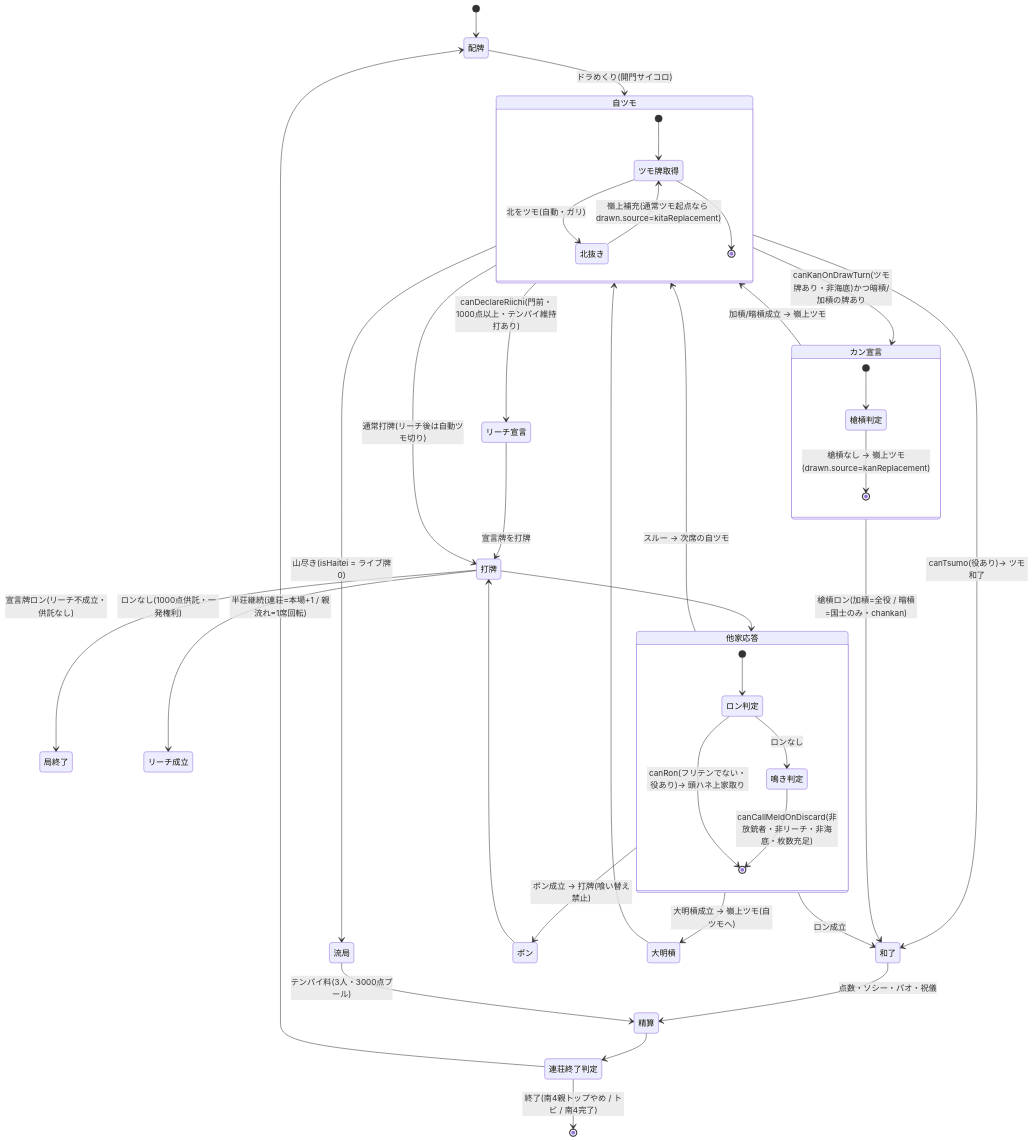
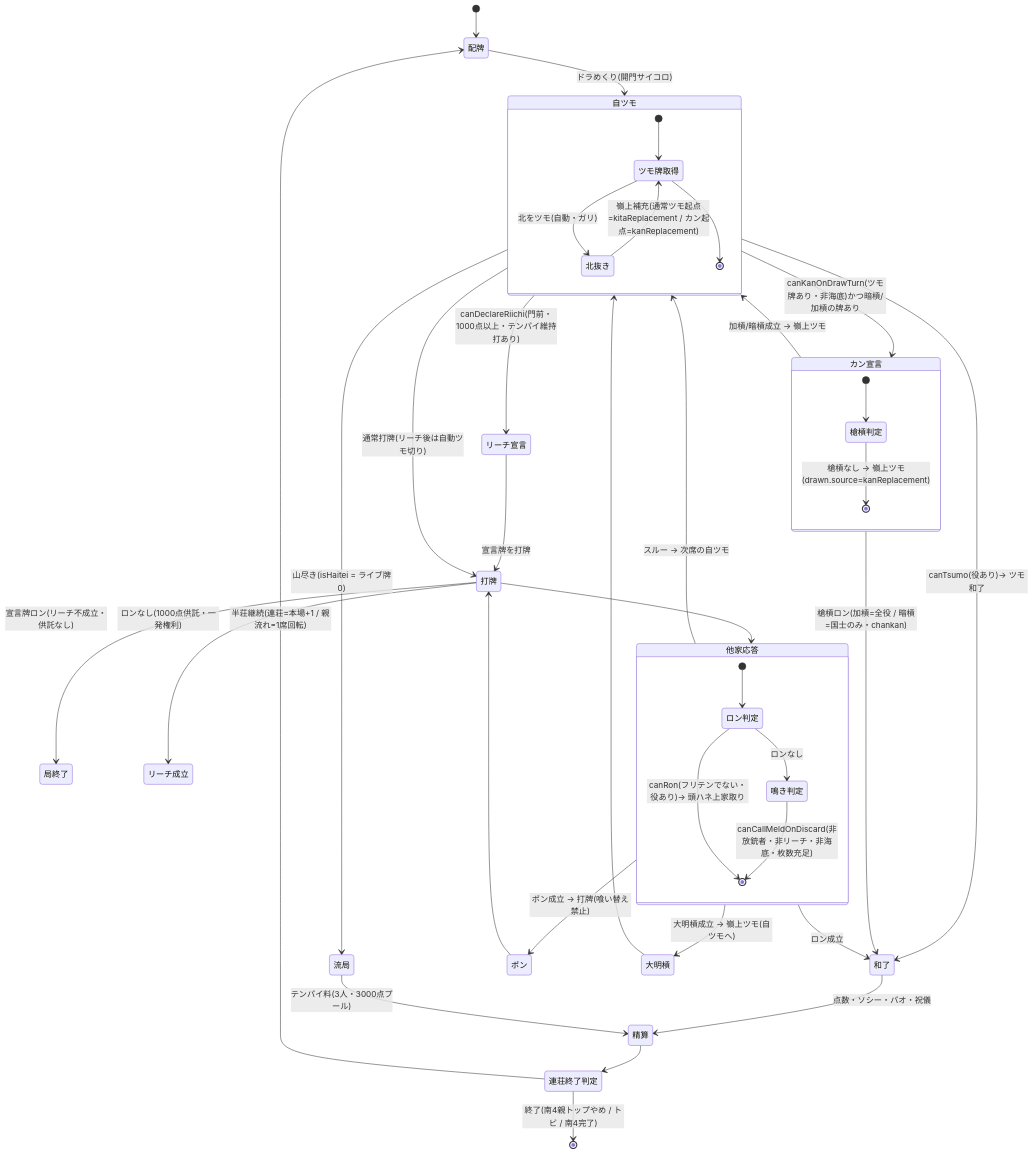
One commit to AutoDevJapan/FourBrosMahjong changed the second of 2 diagrams in documents/spec/game-flow.md. Above: the diagram before and after it, drawn with Mermaid. The commit also changed other lines of this file and 4 other files, not shown here.

````diff
--- a/documents/spec/game-flow.md
+++ b/documents/spec/game-flow.md
@@ -38,48 +38,48 @@
 ```mermaid
 stateDiagram-v2
     [*] --> 配牌
     配牌 --> 自ツモ: ドラめくり(開門サイコロ)
 
     state 自ツモ {
         [*] --> ツモ牌取得
         ツモ牌取得 --> 北抜き: 北をツモ(自動・ガリ)
-        北抜き --> ツモ牌取得: 嶺上補充(通常ツモ起点なら drawn.source=kitaReplacement)
+        北抜き --> ツモ牌取得: 嶺上補充(通常ツモ起点=kitaReplacement / カン起点=kanReplacement)
         ツモ牌取得 --> [*]
     }
 
     自ツモ --> 流局: 山尽き(isHaitei = ライブ牌0)
     自ツモ --> 和了: canTsumo(役あり)→ ツモ和了
     自ツモ --> リーチ宣言: canDeclareRiichi(門前・1000点以上・テンパイ維持打あり)
     自ツモ --> カン宣言: canKanOnDrawTurn(ツモ牌あり・非海底)かつ暗槓/加槓の牌あり
     自ツモ --> 打牌: 通常打牌(リーチ後は自動ツモ切り)
     リーチ宣言 --> 打牌: 宣言牌を打牌
     打牌 --> 局終了: 宣言牌ロン(リーチ不成立・供託なし)
     打牌 --> リーチ成立: ロンなし(1000点供託・一発権利)
 
     state カン宣言 {
         [*] --> 槍槓判定
         槍槓判定 --> [*]: 槍槓なし → 嶺上ツモ(drawn.source=kanReplacement)
     }
     カン宣言 --> 自ツモ: 加槓/暗槓成立 → 嶺上ツモ
     カン宣言 --> 和了: 槍槓ロン(加槓=全役 / 暗槓=国士のみ・chankan)
 
     打牌 --> 他家応答
     state 他家応答 {
         [*] --> ロン判定
         ロン判定 --> [*]: canRon(フリテンでない・役あり)→ 頭ハネ上家取り
         ロン判定 --> 鳴き判定: ロンなし
         鳴き判定 --> [*]: canCallMeldOnDiscard(非放銃者・非リーチ・非海底・枚数充足)
     }
     他家応答 --> 和了: ロン成立
     他家応答 --> ポン: ポン成立 → 打牌(喰い替え禁止)
     他家応答 --> 大明槓: 大明槓成立 → 嶺上ツモ(自ツモへ)
     他家応答 --> 自ツモ: スルー → 次席の自ツモ
     ポン --> 打牌
     大明槓 --> 自ツモ
 
     和了 --> 精算: 点数・ソシー・パオ・祝儀
     流局 --> 精算: テンパイ料(3人・3000点プール)
     精算 --> 連荘終了判定
     連荘終了判定 --> 配牌: 半荘継続(連荘=本場+1 / 親流れ=1席回転)
     連荘終了判定 --> [*]: 終了(南4親トップやめ / トビ / 南4完了)
 ```
````
